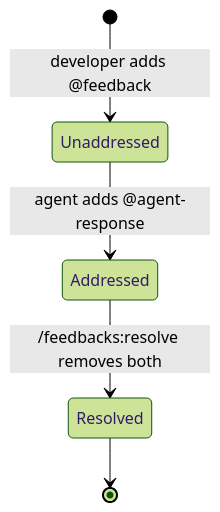
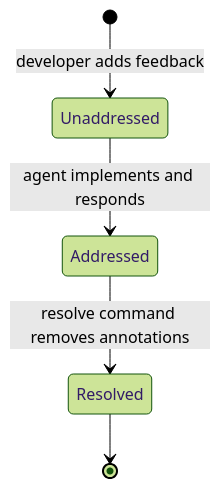
Before and after one commit to obsfx/cc-feedback: the second of 2 diagrams in README.md, drawn with Mermaid (forest theme).

Commit message:
fix mermaid stateDiagram parse error on GitHub
special characters in transition labels break GitHub's mermaid renderer

````diff
--- a/README.md
+++ b/README.md
@@ -116,7 +116,7 @@
 ```mermaid
 stateDiagram-v2
-    [*] --> Unaddressed: developer adds @feedback
-    Unaddressed --> Addressed: agent adds @agent-response
-    Addressed --> Resolved: /feedbacks:resolve removes both
+    [*] --> Unaddressed : developer adds feedback
+    Unaddressed --> Addressed : agent implements and responds
+    Addressed --> Resolved : resolve command removes annotations
     Resolved --> [*]
 ```
````
